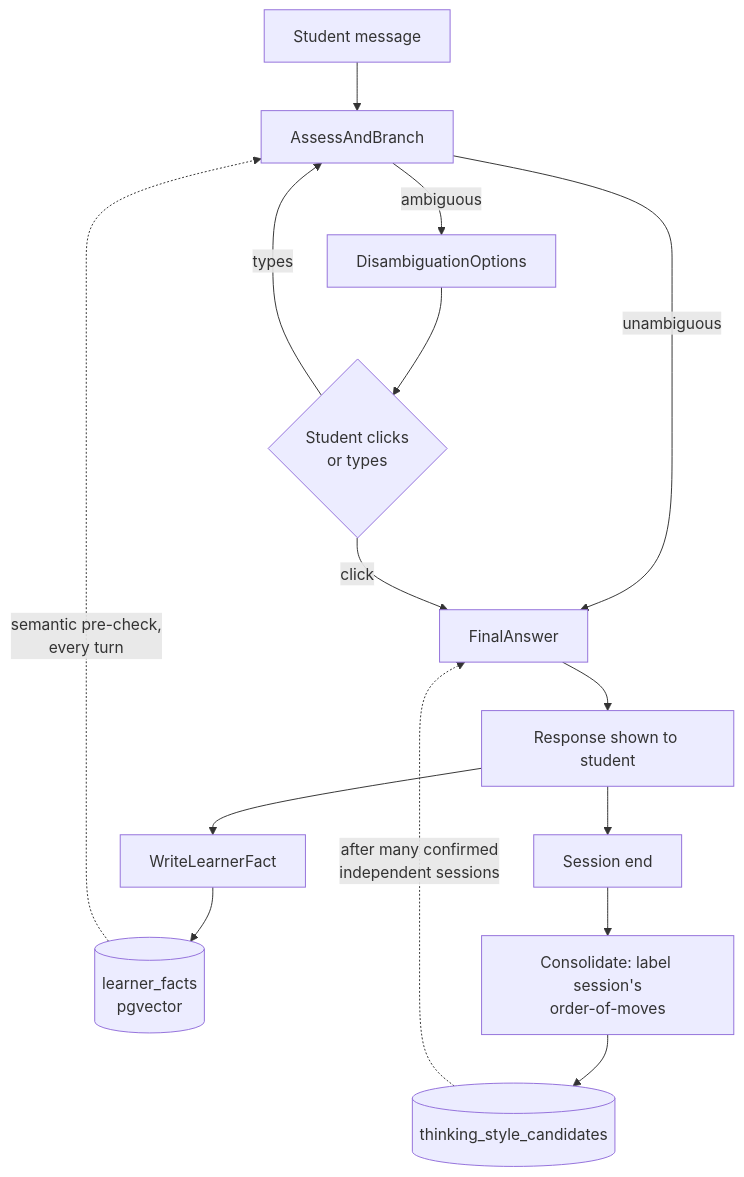
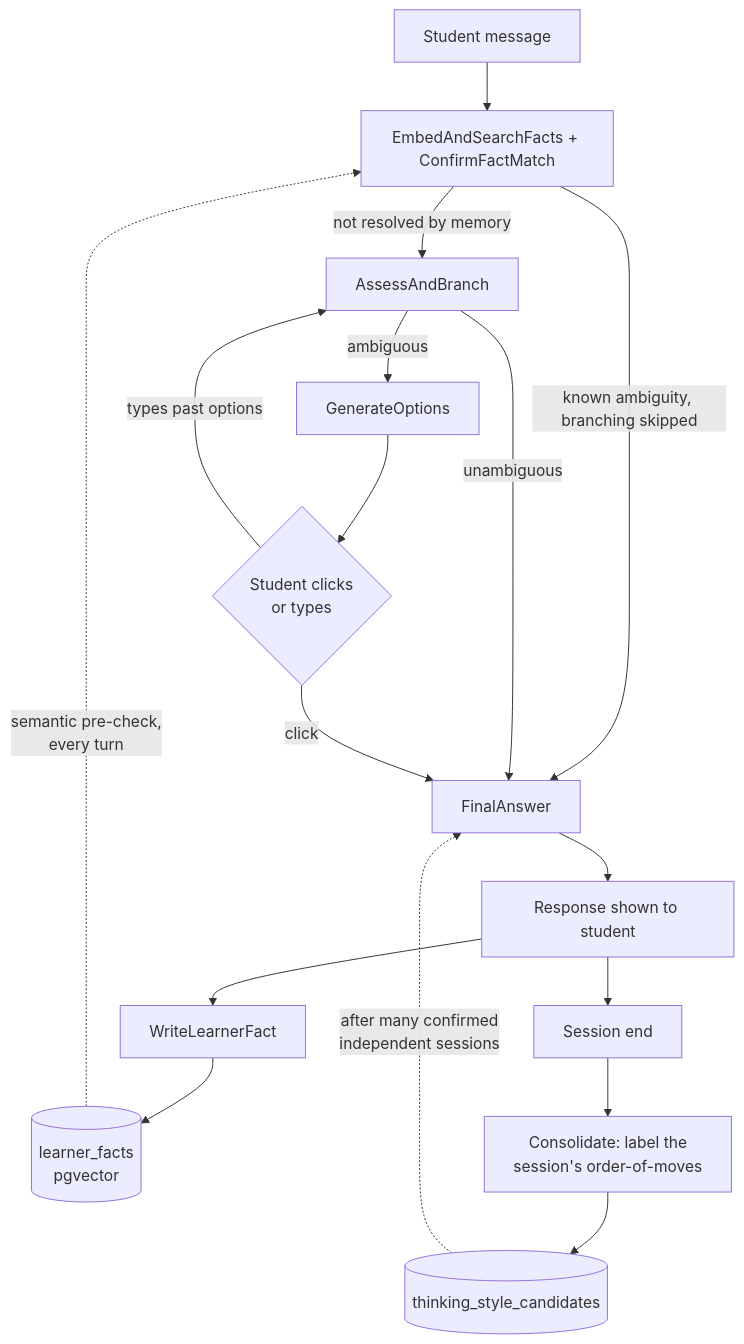
Before and after one commit to sjr27-maker/Versa-v3: the diagram in README.md, drawn with Mermaid. The commit also changed other lines of this file, not shown here.

````diff
--- a/README.md
+++ b/README.md
@@ -52,17 +40,19 @@
 ```mermaid
 flowchart TD
-    A[Student message] --> B[AssessAndBranch]
-    B -->|unambiguous| E[FinalAnswer]
-    B -->|ambiguous| C[DisambiguationOptions]
+    A[Student message] --> M[EmbedAndSearchFacts + ConfirmFactMatch]
+    M -->|known ambiguity, branching skipped| E[FinalAnswer]
+    M -->|not resolved by memory| B[AssessAndBranch]
+    B -->|unambiguous| E
+    B -->|ambiguous| C[GenerateOptions]
     C --> D{Student clicks<br/>or types}
     D -->|click| E
-    D -->|types| B
+    D -->|types past options| B
     E --> F[Response shown to student]
     F --> G[WriteLearnerFact]
     G --> H[(learner_facts<br/>pgvector)]
-    H -.->|semantic pre-check,<br/>every turn| B
+    H -.->|semantic pre-check,<br/>every turn| M
     F --> I[Session end]
-    I --> J[Consolidate: label session's<br/>order-of-moves]
+    I --> J[Consolidate: label the<br/>session's order-of-moves]
     J --> K[(thinking_style_candidates)]
     K -.->|after many confirmed<br/>independent sessions| E
 ```
````
